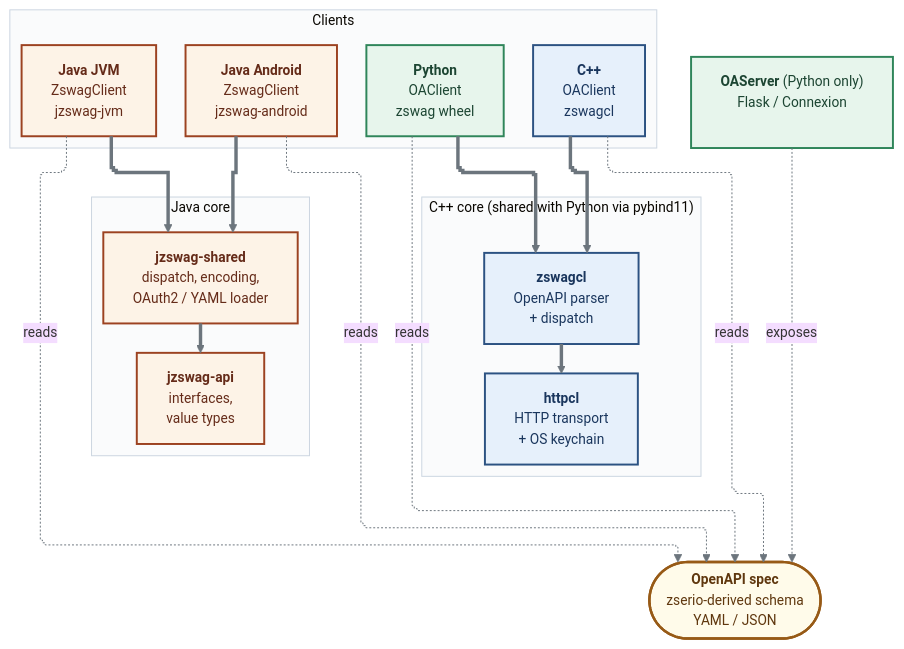
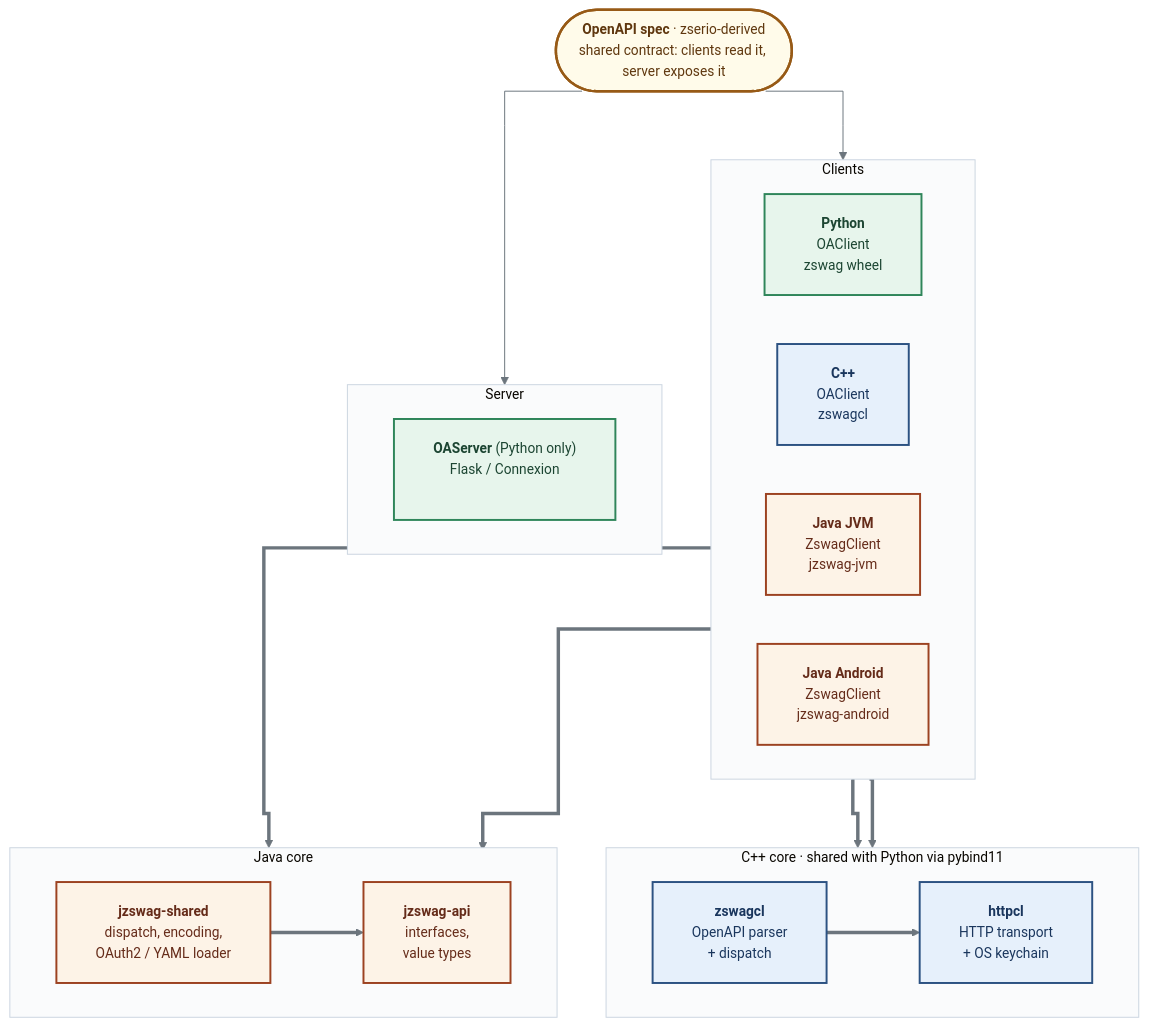
One commit to ndsev/zswag changed the diagram in README.md. Above: the diagram before and after it, drawn with Mermaid.

Commit message:
docs: simplify architecture diagram layout
The elk renderer was packing too tightly — Java core subgraph border
sliced through jzswag-shared, OAServer floated alone outside any
group, and five "reads" + one "exposes" dotted arrows piled up around
the spec node making it look interrogated.

Rework:
* drop elk, keep stepAfter curves on default dagre (which handles
  this graph shape better)
* fold spec-reading/exposing into the spec node's label, drop the 6
  redundant arrows
* spec now sits at the top with two clean arrows down to clients
  and server subgraphs
* OAServer moves into its own Server subgraph for symmetry with
  Clients
* more nodeSpacing + rankSpacing + padding so the cluster borders
  don't clip node text

````diff
--- a/README.md
+++ b/README.md
@@ -14,56 +14,55 @@
 ```mermaid
 %%{init: {
   'theme':'base',
-  'flowchart': {'defaultRenderer': 'elk', 'curve': 'stepAfter', 'nodeSpacing': 40, 'rankSpacing': 60},
+  'flowchart': {'curve': 'stepAfter', 'nodeSpacing': 50, 'rankSpacing': 70, 'padding': 20},
   'themeVariables': {
     'fontFamily': 'system-ui, -apple-system, sans-serif',
     'fontSize': '14px',
     'lineColor': '#6c757d',
     'clusterBkg': '#fafbfc',
     'clusterBorder': '#cbd5e0'
   }
 }}%%
 flowchart TB
-    spec(["<b>OpenAPI spec</b><br/>zserio-derived schema<br/>YAML / JSON"]):::spec
+    spec(["<b>OpenAPI spec</b> &middot; zserio-derived<br/>shared contract: clients read it, server exposes it"]):::spec
 
     subgraph clients[" &nbsp;Clients&nbsp; "]
       direction LR
       py["<b>Python</b><br/>OAClient<br/>zswag wheel"]:::py
       cpp["<b>C++</b><br/>OAClient<br/>zswagcl"]:::cpp
       jvm["<b>Java JVM</b><br/>ZswagClient<br/>jzswag-jvm"]:::java
       andr["<b>Java Android</b><br/>ZswagClient<br/>jzswag-android"]:::java
     end
 
-    subgraph cppcore[" &nbsp;C++ core (shared with Python via pybind11)&nbsp; "]
+    subgraph server[" &nbsp;Server&nbsp; "]
+      oaserver["<b>OAServer</b> (Python only)<br/>Flask / Connexion<br/>&nbsp;"]:::py
+    end
+
+    subgraph cppcore[" &nbsp;C++ core &middot; shared with Python via pybind11&nbsp; "]
       direction LR
       zswagcl["<b>zswagcl</b><br/>OpenAPI parser<br/>+ dispatch"]:::cpp
       httpcl["<b>httpcl</b><br/>HTTP transport<br/>+ OS keychain"]:::cpp
     end
 
     subgraph javacore[" &nbsp;Java core&nbsp; "]
       direction LR
       jshared["<b>jzswag-shared</b><br/>dispatch, encoding,<br/>OAuth2 / YAML loader"]:::java
       japi["<b>jzswag-api</b><br/>interfaces,<br/>value types"]:::java
     end
 
-    server["<b>OAServer</b> (Python only)<br/>Flask / Connexion<br/>&nbsp;"]:::py
+    spec --> clients
+    spec --> server
 
     py ==> zswagcl
     cpp ==> zswagcl
     zswagcl ==> httpcl
 
     jvm ==> jshared
     andr ==> jshared
     jshared ==> japi
 
-    py -.->|reads| spec
-    cpp -.->|reads| spec
-    jvm -.->|reads| spec
-    andr -.->|reads| spec
-    server -.->|exposes| spec
-
     classDef py    fill:#e7f5ec,stroke:#2f855a,stroke-width:2px,color:#1c4532
     classDef cpp   fill:#e6f0fb,stroke:#2c5282,stroke-width:2px,color:#1a365d
     classDef java  fill:#fdf3e7,stroke:#9c4221,stroke-width:2px,color:#652b19
     classDef spec  fill:#fffbea,stroke:#975a16,stroke-width:2.5px,color:#5f370e
 ```
````
